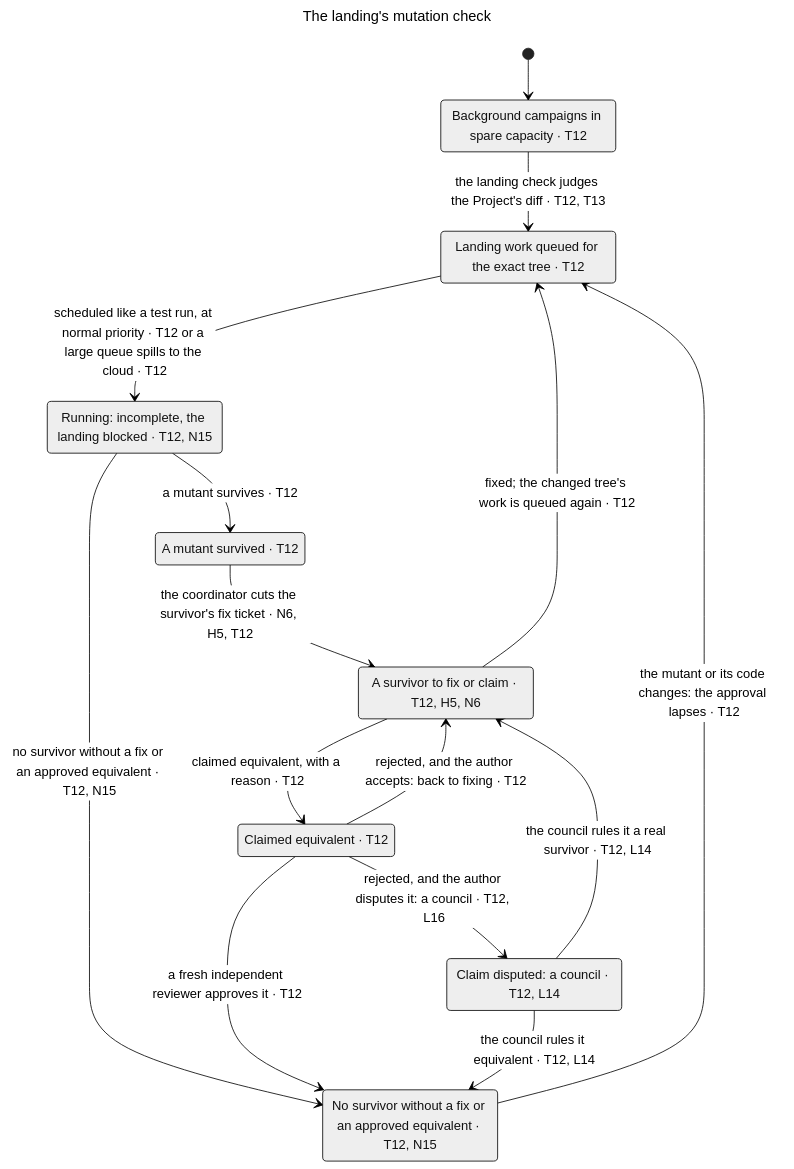
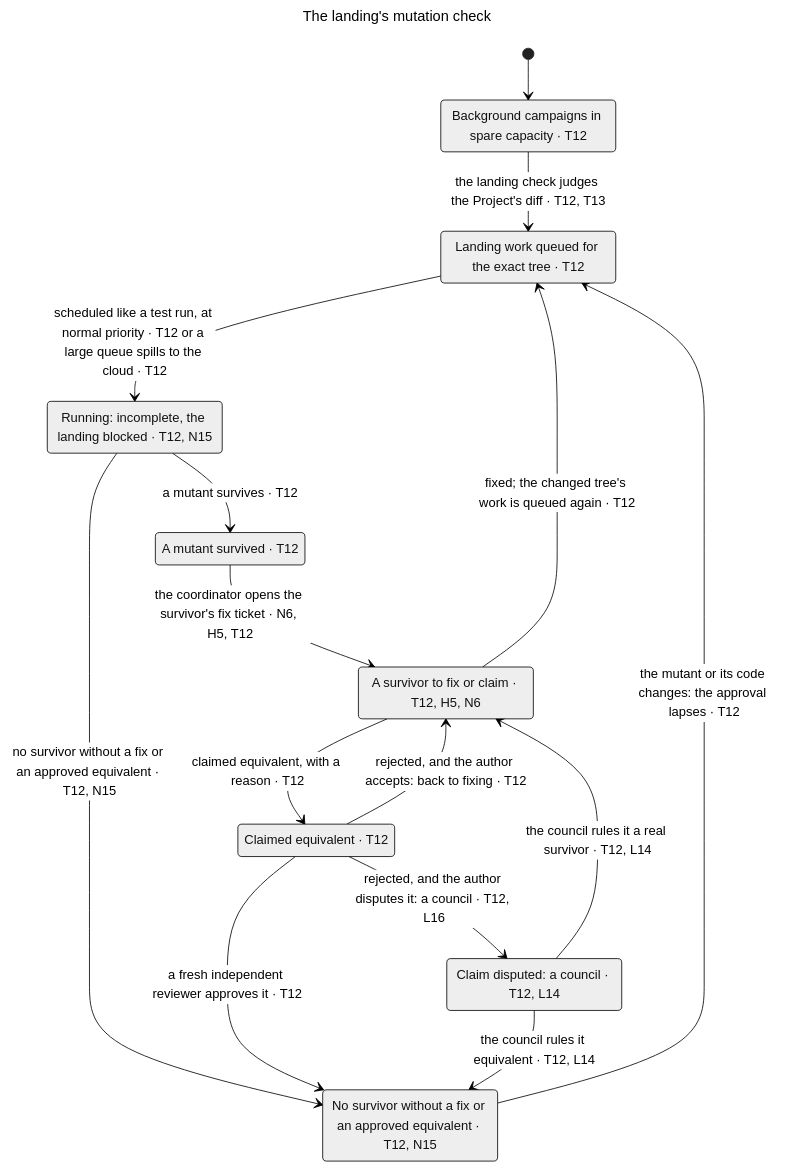
One commit to BalazsOrg/dydo changed the diagram in claims/statechart/mutation/chart.mmd. Above: the diagram before and after it, drawn with Mermaid (neutral theme). The commit also changed 7 other files, not shown here.

First line of the commit message:
DYD-1327 fix: the tribunal's exchange requirement restored on the council path, both tribunal adaptations recorded, charts re-rendered after Fix r1 (r1 B2)

```diff
--- a/claims/statechart/mutation/chart.mmd
+++ b/claims/statechart/mutation/chart.mmd
@@ -1,26 +1,26 @@
 ---
 title: "The landing's mutation check"
 ---
 stateDiagram-v2
   s0: Background campaigns in spare capacity #183; T12
   s1: Landing work queued for the exact tree #183; T12
   s2: Running: incomplete, the landing blocked #183; T12, N15
   s3: No survivor without a fix or an approved equivalent #183; T12, N15
   s4: A mutant survived #183; T12
   s5: A survivor to fix or claim #183; T12, H5, N6
   s6: Claimed equivalent #183; T12
   s7: Claim disputed: a council #183; T12, L14
   [*] --> s0
   s0 --> s1: the landing check judges the Project's diff #183; T12, T13
   s1 --> s2: scheduled like a test run, at normal priority #183; T12 or a large queue spills to the cloud #183; T12
   s2 --> s3: no survivor without a fix or an approved equivalent #183; T12, N15
   s2 --> s4: a mutant survives #183; T12
   s3 --> s1: the mutant or its code changes: the approval lapses #183; T12
-  s4 --> s5: the coordinator cuts the survivor's fix ticket #183; N6, H5, T12
+  s4 --> s5: the coordinator opens the survivor's fix ticket #183; N6, H5, T12
   s5 --> s1: fixed#59; the changed tree's work is queued again #183; T12
   s5 --> s6: claimed equivalent, with a reason #183; T12
   s6 --> s3: a fresh independent reviewer approves it #183; T12
   s6 --> s5: rejected, and the author accepts: back to fixing #183; T12
   s6 --> s7: rejected, and the author disputes it: a council #183; T12, L16
   s7 --> s3: the council rules it equivalent #183; T12, L14
   s7 --> s5: the council rules it a real survivor #183; T12, L14
```
